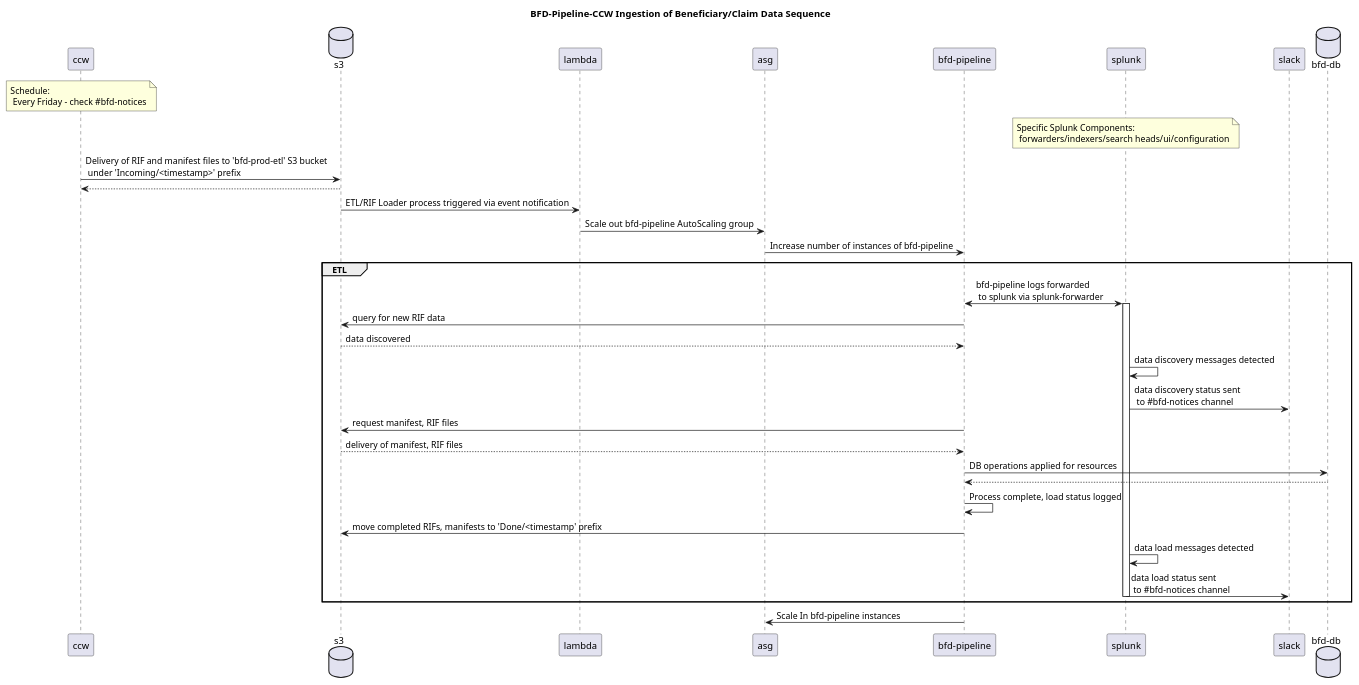
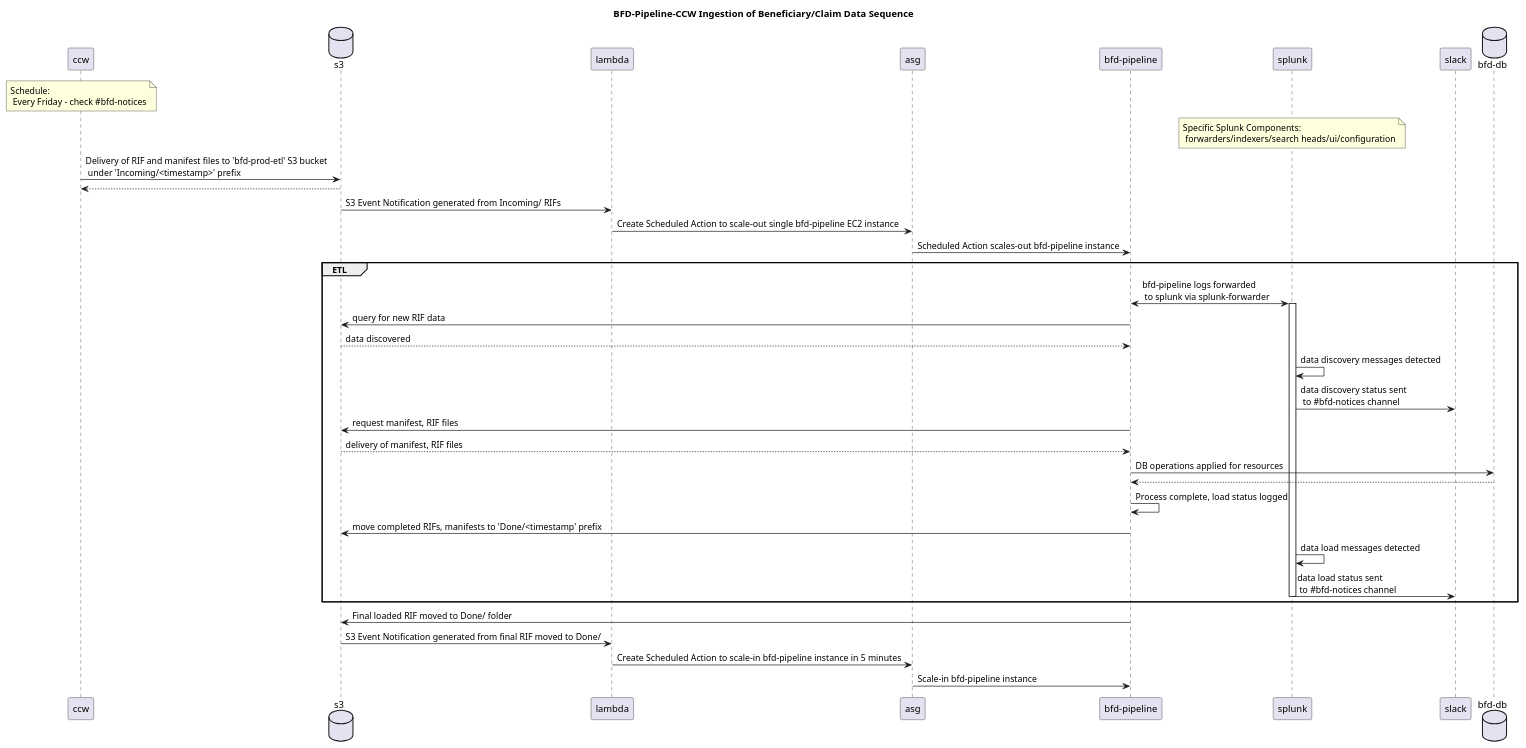
The diagram in docs/assets/fhir-resource-ingestion-digestion-diagrams/bfd-pipeline-ccw-ingestion.plantuml (CMSgov/beneficiary-fhir-data), drawn with PlantUML before and after one commit. The commit also changed 1 other file, not shown here.

```diff
--- a/docs/assets/fhir-resource-ingestion-digestion-diagrams/bfd-pipeline-ccw-ingestion.plantuml
+++ b/docs/assets/fhir-resource-ingestion-digestion-diagrams/bfd-pipeline-ccw-ingestion.plantuml
@@ -1,36 +1,39 @@
 @startuml
 title BFD-Pipeline-CCW Ingestion of Beneficiary/Claim Data Sequence
 participant ccw
 note over ccw: Schedule: \n Every Friday - check #bfd-notices 
 database s3
 participant "lambda"
 participant "asg"
 participant "bfd-pipeline"
 participant splunk
 note over splunk: Specific Splunk Components: \n forwarders/indexers/search heads/ui/configuration
 participant slack
 database "bfd-db"
 ccw -> s3: Delivery of RIF and manifest files to 'bfd-prod-etl' S3 bucket \n under 'Incoming/<timestamp>' prefix
 s3 --> ccw
-s3 -> "lambda": ETL/RIF Loader process triggered via event notification
-"lambda" -> "asg": Scale out  bfd-pipeline AutoScaling group
-"asg" -> "bfd-pipeline": Increase number of instances of bfd-pipeline  
+s3 -> "lambda": S3 Event Notification generated from Incoming/ RIFs
+"lambda" -> "asg": Create Scheduled Action to scale-out single bfd-pipeline EC2 instance
+"asg" -> "bfd-pipeline": Scheduled Action scales-out bfd-pipeline instance 
 group ETL
 "bfd-pipeline" <-> splunk: bfd-pipeline logs forwarded \n to splunk via splunk-forwarder
 activate splunk
 "bfd-pipeline" -> s3: query for new RIF data
 s3 --> "bfd-pipeline": data discovered
 splunk -> splunk: data discovery messages detected
 splunk -> slack: data discovery status sent \n to #bfd-notices channel
 "bfd-pipeline" -> s3: request manifest, RIF files
 s3 --> "bfd-pipeline": delivery of manifest, RIF files
 "bfd-pipeline" -> "bfd-db": DB operations applied for resources
 "bfd-db" --> "bfd-pipeline"
 "bfd-pipeline" -> "bfd-pipeline": Process complete, load status logged
 "bfd-pipeline" -> s3: move completed RIFs, manifests to 'Done/<timestamp' prefix
 splunk -> splunk: data load messages detected
 splunk -> slack: data load status sent \n to #bfd-notices channel
 deactivate splunk
 end
-"bfd-pipeline" -> "asg": Scale In bfd-pipeline instances
+"bfd-pipeline" -> s3: Final loaded RIF moved to Done/ folder
+s3 -> "lambda": S3 Event Notification generated from final RIF moved to Done/
+"lambda" -> "asg": Create Scheduled Action to scale-in bfd-pipeline instance in 5 minutes
+"asg" -> "bfd-pipeline": Scale-in bfd-pipeline instance
 @enduml
```
